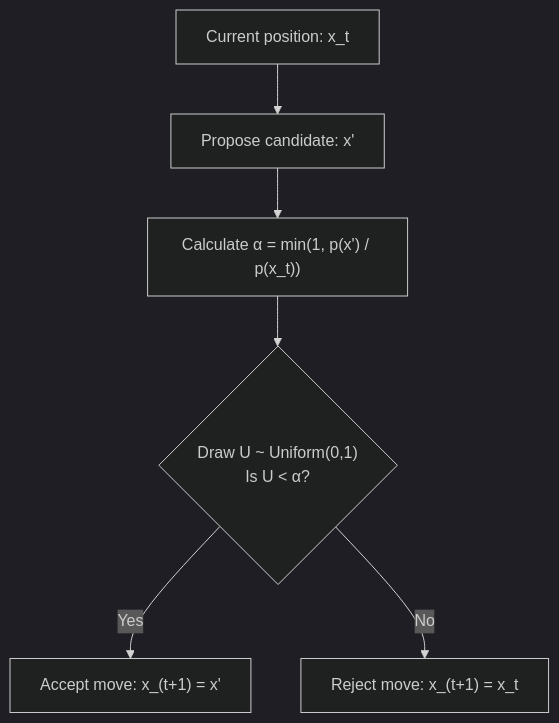
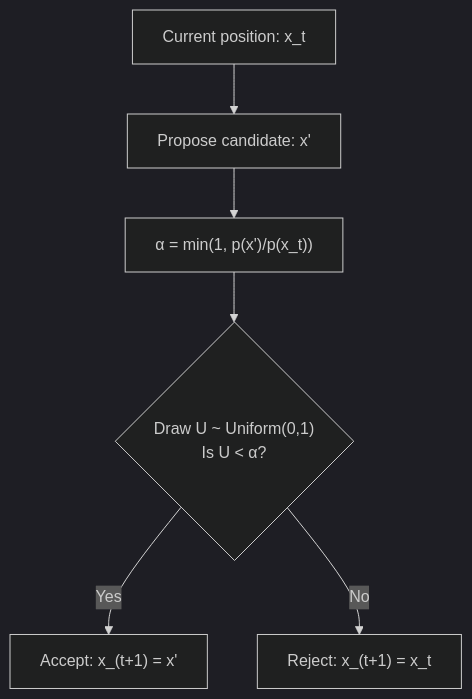
One commit to DebajyotiS/debajyotis.github.io changed the diagram in _posts/2026-08-14-mcmc-sampling.md. Above: the diagram before and after it, drawn with Mermaid (dark theme). The commit also changed other lines of this file and 16 other files, not shown here.

````diff
--- a/_posts/2026-08-14-mcmc-sampling.md
+++ b/_posts/2026-08-14-mcmc-sampling.md
@@ -109,8 +112,8 @@
 ```mermaid
 flowchart TD
     A["Current position: x_t"] --> B["Propose candidate: x'"]
-    B --> C["Calculate α = min(1, p(x') / p(x_t))"]
+    B --> C["α = min(1, p(x')/p(x_t))"]
     C --> D{"Draw U ~ Uniform(0,1)\nIs U < α?"}
-    D -->|Yes| E["Accept move: x_(t+1) = x'"]
-    D -->|No| F["Reject move: x_(t+1) = x_t"]
+    D -->|Yes| E["Accept: x_(t+1) = x'"]
+    D -->|No| F["Reject: x_(t+1) = x_t"]
 ```
````
